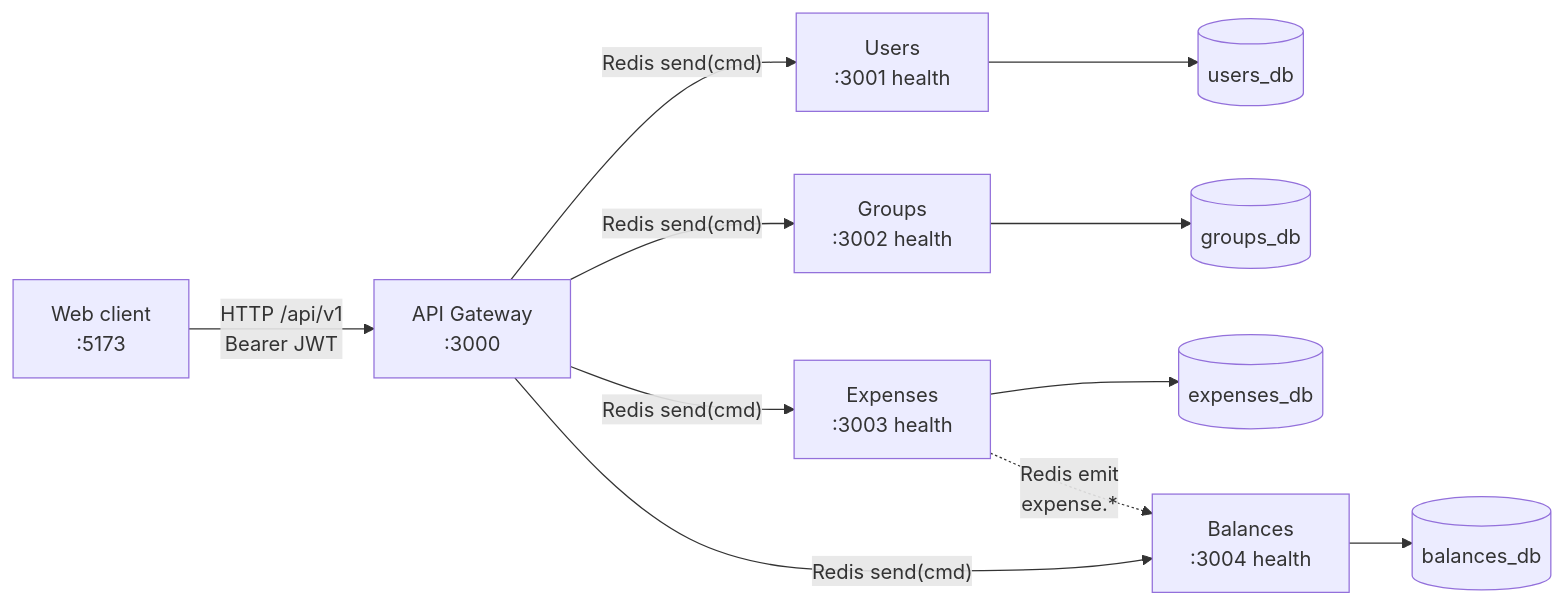
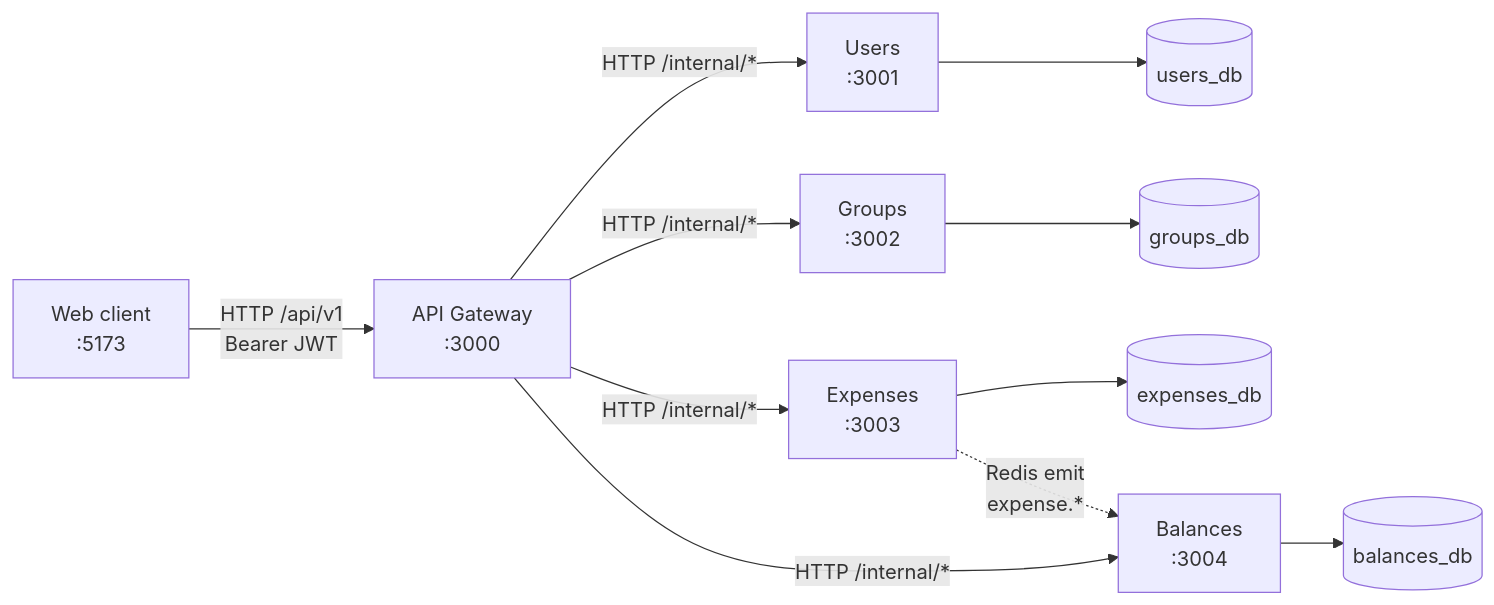
One commit to shanecjones1999/expense-splitter changed the first of 5 diagrams in docs/REQUEST_FLOW.md. Above: the diagram before and after it, drawn with Mermaid. The commit also changed other lines of this file and 46 other files, not shown here.

First line of the commit message:
Replace TCP microservice RPC with internal HTTP.

````diff
--- a/docs/REQUEST_FLOW.md
+++ b/docs/REQUEST_FLOW.md
@@ -11,16 +11,16 @@
 ```mermaid
 flowchart LR
   Client["Web client<br/>:5173"] -->|"HTTP /api/v1<br/>Bearer JWT"| Gateway["API Gateway<br/>:3000"]
 
-  Gateway -->|"Redis send(cmd)"| Users["Users<br/>:3001 health"]
-  Gateway -->|"Redis send(cmd)"| Groups["Groups<br/>:3002 health"]
-  Gateway -->|"Redis send(cmd)"| Expenses["Expenses<br/>:3003 health"]
-  Gateway -->|"Redis send(cmd)"| Balances["Balances<br/>:3004 health"]
+  Gateway -->|"HTTP /internal/*"| Users["Users<br/>:3001"]
+  Gateway -->|"HTTP /internal/*"| Groups["Groups<br/>:3002"]
+  Gateway -->|"HTTP /internal/*"| Expenses["Expenses<br/>:3003"]
+  Gateway -->|"HTTP /internal/*"| Balances["Balances<br/>:3004"]
 
   Users --> UsersDB[(users_db)]
   Groups --> GroupsDB[(groups_db)]
   Expenses --> ExpensesDB[(expenses_db)]
   Balances --> BalancesDB[(balances_db)]
 
   Expenses -.->|"Redis emit<br/>expense.*"| Balances
 ```
````
